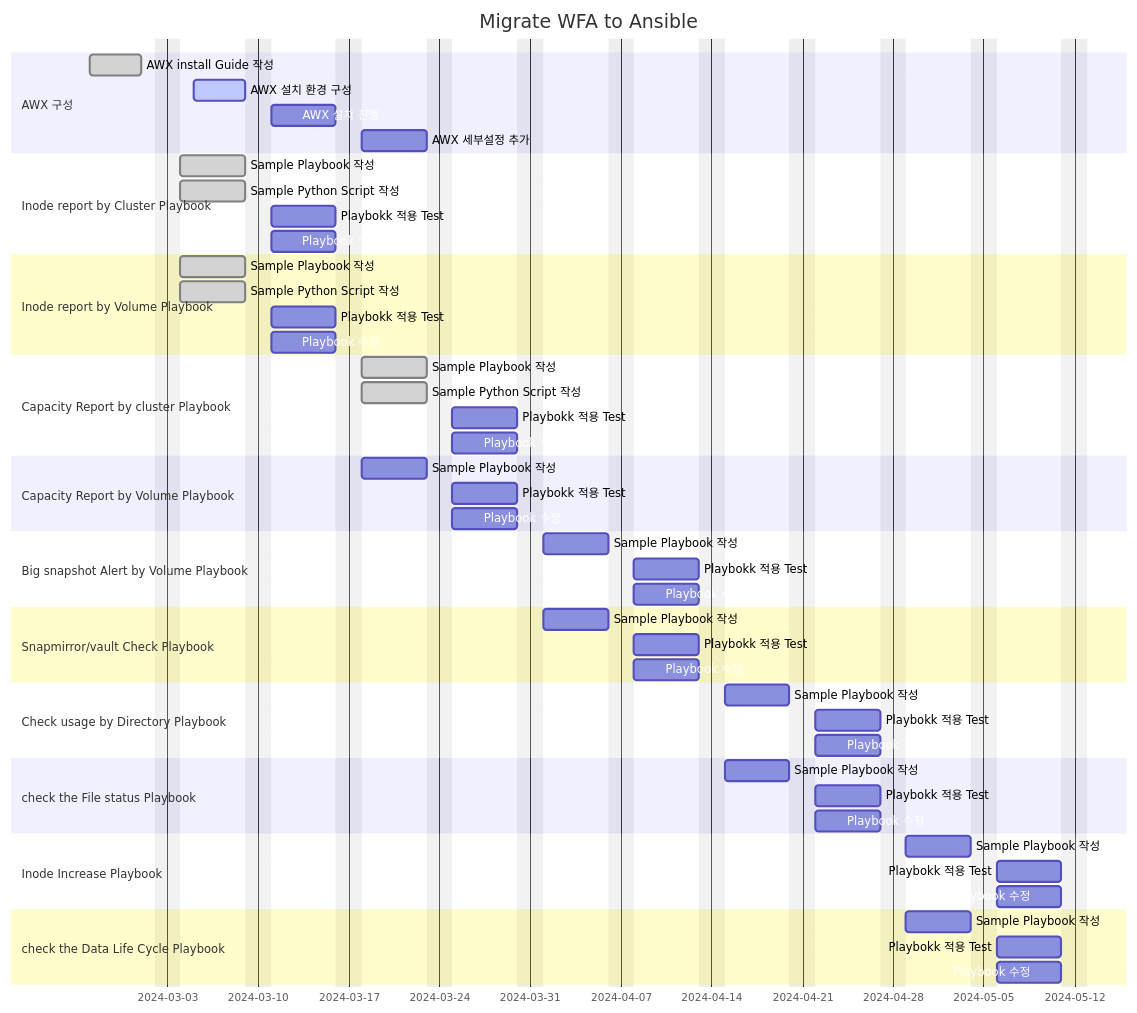
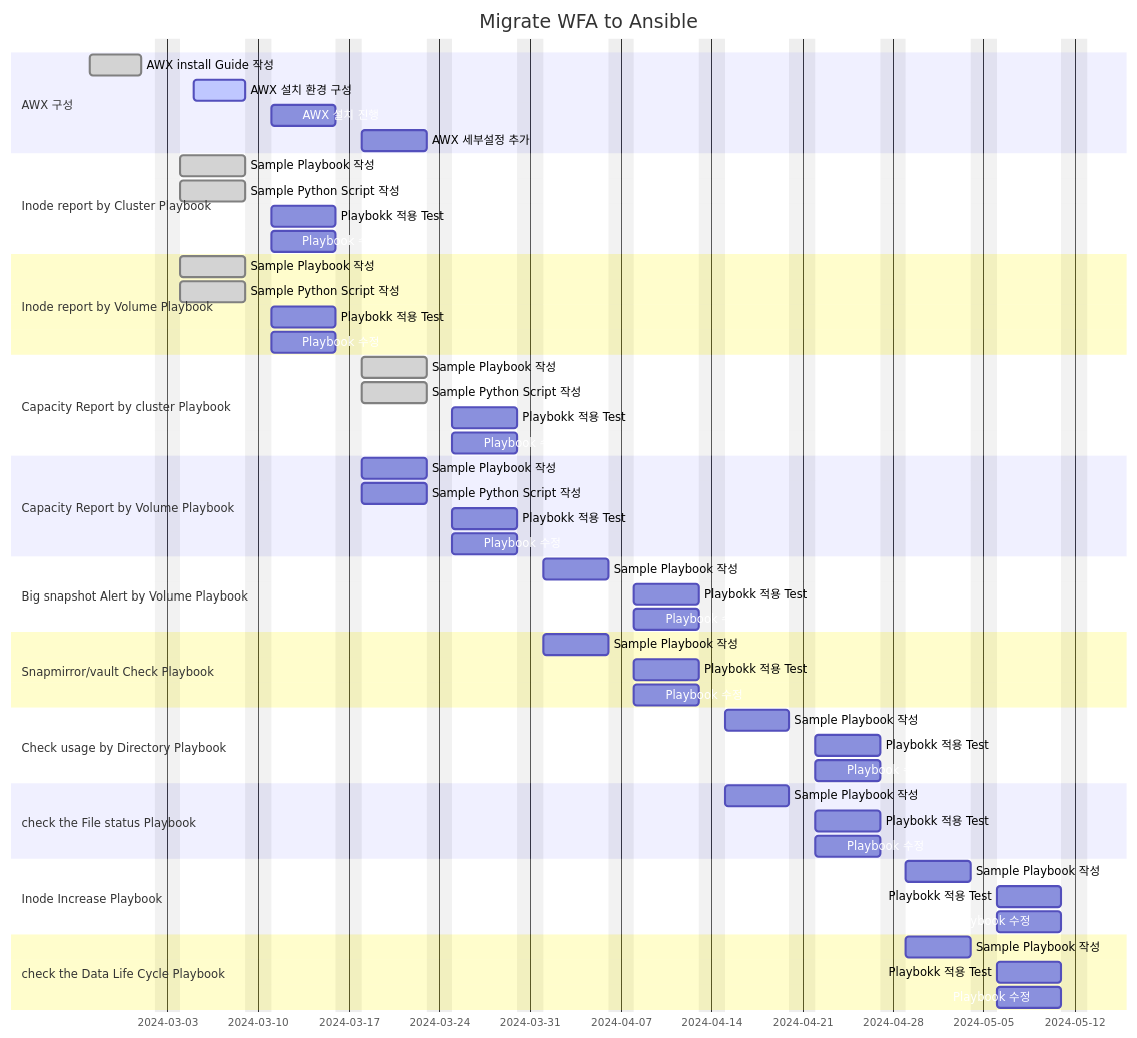
One commit to netappkr/AnsiblePlaybook changed the diagram in SKHynics/Readme.md. Above: the diagram before and after it, drawn with Mermaid. The commit also changed other lines of this file and 1 other file, not shown here.

````diff
--- a/SKHynics/Readme.md
+++ b/SKHynics/Readme.md
@@ -51,65 +52,66 @@
 ```mermaid
 gantt
     title Migrate WFA to Ansible
     dateFormat  YYYY-MM-DD
     excludes    weekends
 
     section AWX 구성
     AWX install Guide 작성  : done, awx1, 2024-02-26, 4d
     AWX 설치 환경 구성  : active, awx2, 2024-03-05, 4d
     AWX 설치 진행 : awx3, after awx2 , 5d
     AWX 세부설정 추가 : awx4, after awx3, 5d
 
     section Inode report by Cluster Playbook
     Sample Playbook 작성 : done,p1-1, 2024-03-04, 5d
     Sample Python Script 작성 : done,p1-2, 2024-03-04, 5d
     Playbokk 적용 Test: p1-3, after p1-2,  5d
     Playbook 수정 : p1-4, after p1-2 , 5d
 
     section Inode report by Volume Playbook
     Sample Playbook 작성 : done, p2-1, 2024-03-04, 5d
     Sample Python Script 작성 : done, p2-2, 2024-03-04, 5d
     Playbokk 적용 Test: p2-3, after p2-2,  5d
     Playbook 수정 : p2-4, after p2-2 , 5d
 
     section Capacity Report by cluster Playbook
     Sample Playbook 작성 : done, p3-1, 2024-03-18, 5d
     Sample Python Script 작성 : done, p3-1, 2024-03-18, 5d
     Playbokk 적용 Test: p3-2, after p3-1,  5d
     Playbook 수정 : p3-3, after p3-1 , 5d
 
     section Capacity Report by Volume Playbook
-    Sample Playbook 작성 : p4-1, 2024-03-18, 5d
+    Sample Playbook 작성 : done p4-1, 2024-03-18, 5d
+    Sample Python Script 작성 : done p4-1, 2024-03-18, 5d
     Playbokk 적용 Test: p4-2, after p4-1,  5d
     Playbook 수정 : p4-3, after p4-1 , 5d
 
     section Big snapshot Alert by Volume Playbook
     Sample Playbook 작성 : p5-1, 2024-04-01, 5d
     Playbokk 적용 Test: p5-2, after p5-1,  5d
     Playbook 수정 : p5-3, after p5-1 , 5d
 
     section Snapmirror/vault Check Playbook
     Sample Playbook 작성 : p6-1, 2024-04-01, 5d
     Playbokk 적용 Test: p6-2, after p6-1,  5d
     Playbook 수정 : p6-3, after p6-1 , 5d
 
     section Check usage by Directory Playbook
     Sample Playbook 작성 : p7-1, 2024-04-15, 5d
     Playbokk 적용 Test: p7-2, after p7-1,  5d
     Playbook 수정 : p7-3, after p7-1 , 5d
 
     section check the File status Playbook
     Sample Playbook 작성 : p8-1, 2024-04-15, 5d
     Playbokk 적용 Test: p8-2, after p8-1,  5d
     Playbook 수정 : p8-3, after p8-1 , 5d
 
     section Inode Increase Playbook
     Sample Playbook 작성 : p9-1, 2024-04-29, 5d
     Playbokk 적용 Test: p9-2, after p9-1,  5d
     Playbook 수정 : p9-3, after p9-1 , 5d
 
     section check the Data Life Cycle Playbook
     Sample Playbook 작성 : p10-1, 2024-04-29, 5d
     Playbokk 적용 Test: p10-2, after p10-1,  5d
     Playbook 수정 : p10-3, after p10-1 , 5d
 ```
````
